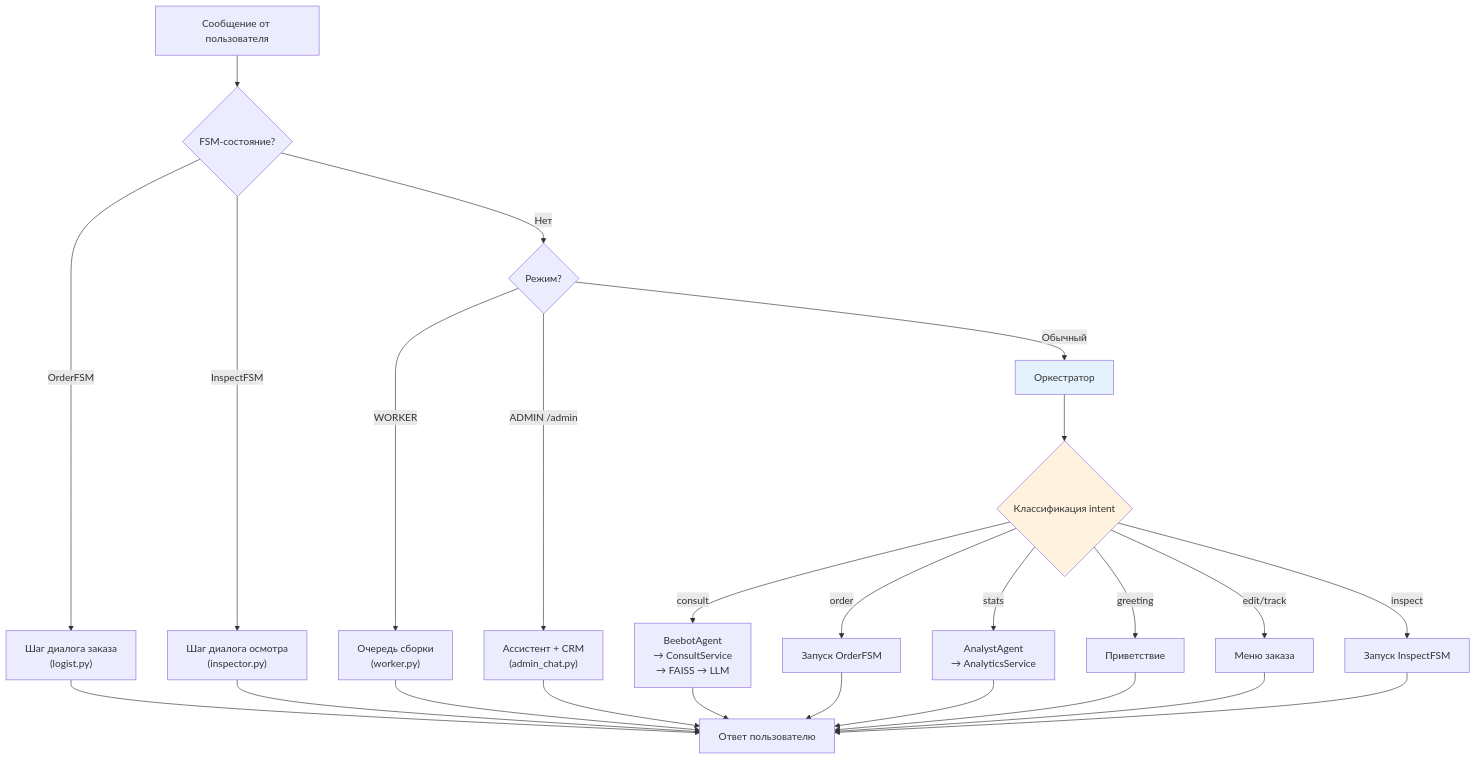
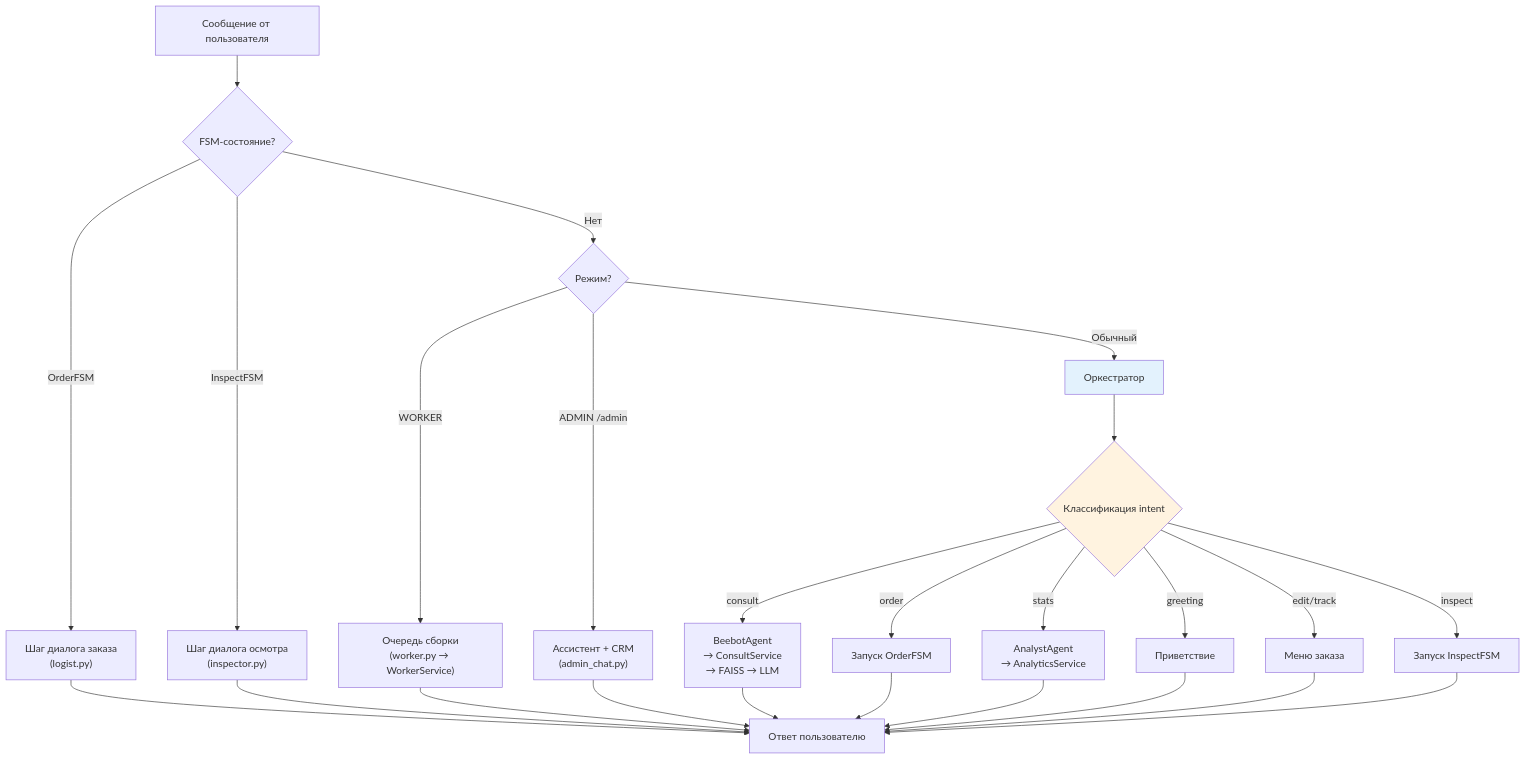
Before and after one commit to unidel2035/BEEBOT: the fifth of 15 diagrams in docs/architecture.md, drawn with Mermaid. The commit also changed other lines of this file, not shown here.

First line of the commit message:
docs: переписать architecture.md под unified process

````diff
--- a/docs/architecture.md
+++ b/docs/architecture.md
@@ -276,27 +284,27 @@
 ```mermaid
 flowchart TD
     MSG["Сообщение от пользователя"] --> FSM{"FSM-состояние?"}
 
     FSM -->|"OrderFSM"| ORDER_FSM["Шаг диалога заказа<br/>(logist.py)"]
     FSM -->|"InspectFSM"| INSPECT_FSM["Шаг диалога осмотра<br/>(inspector.py)"]
     FSM -->|"Нет"| MODE{"Режим?"}
 
-    MODE -->|"WORKER"| WORKER["Очередь сборки<br/>(worker.py)"]
+    MODE -->|"WORKER"| WORKER["Очередь сборки<br/>(worker.py → WorkerService)"]
     MODE -->|"ADMIN /admin"| ADMIN["Ассистент + CRM<br/>(admin_chat.py)"]
     MODE -->|"Обычный"| ORCH["Оркестратор"]
 
     ORCH --> CLASSIFY{"Классификация intent"}
 
     CLASSIFY -->|"consult"| BEEBOT["BeebotAgent<br/>→ ConsultService<br/>→ FAISS → LLM"]
     CLASSIFY -->|"order"| START_FSM["Запуск OrderFSM"]
     CLASSIFY -->|"stats"| ANALYST["AnalystAgent<br/>→ AnalyticsService"]
     CLASSIFY -->|"greeting"| GREET["Приветствие"]
     CLASSIFY -->|"edit/track"| MENU["Меню заказа"]
     CLASSIFY -->|"inspect"| START_INSPECT["Запуск InspectFSM"]
 
     BEEBOT --> RESPONSE["Ответ пользователю"]
     ORDER_FSM & INSPECT_FSM & WORKER & ADMIN & START_FSM & ANALYST & GREET & MENU & START_INSPECT --> RESPONSE
 
     style ORCH fill:#e3f2fd
     style CLASSIFY fill:#fff3e0
 ```
````
